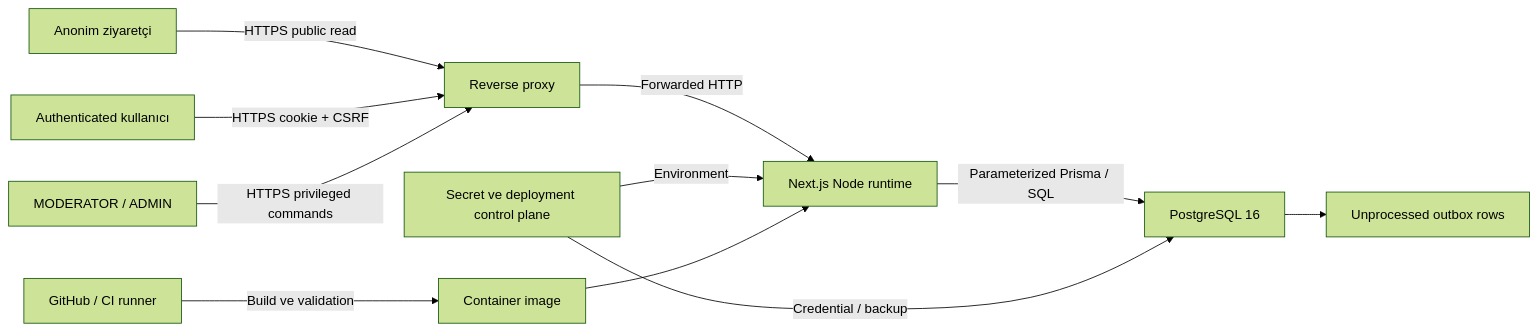
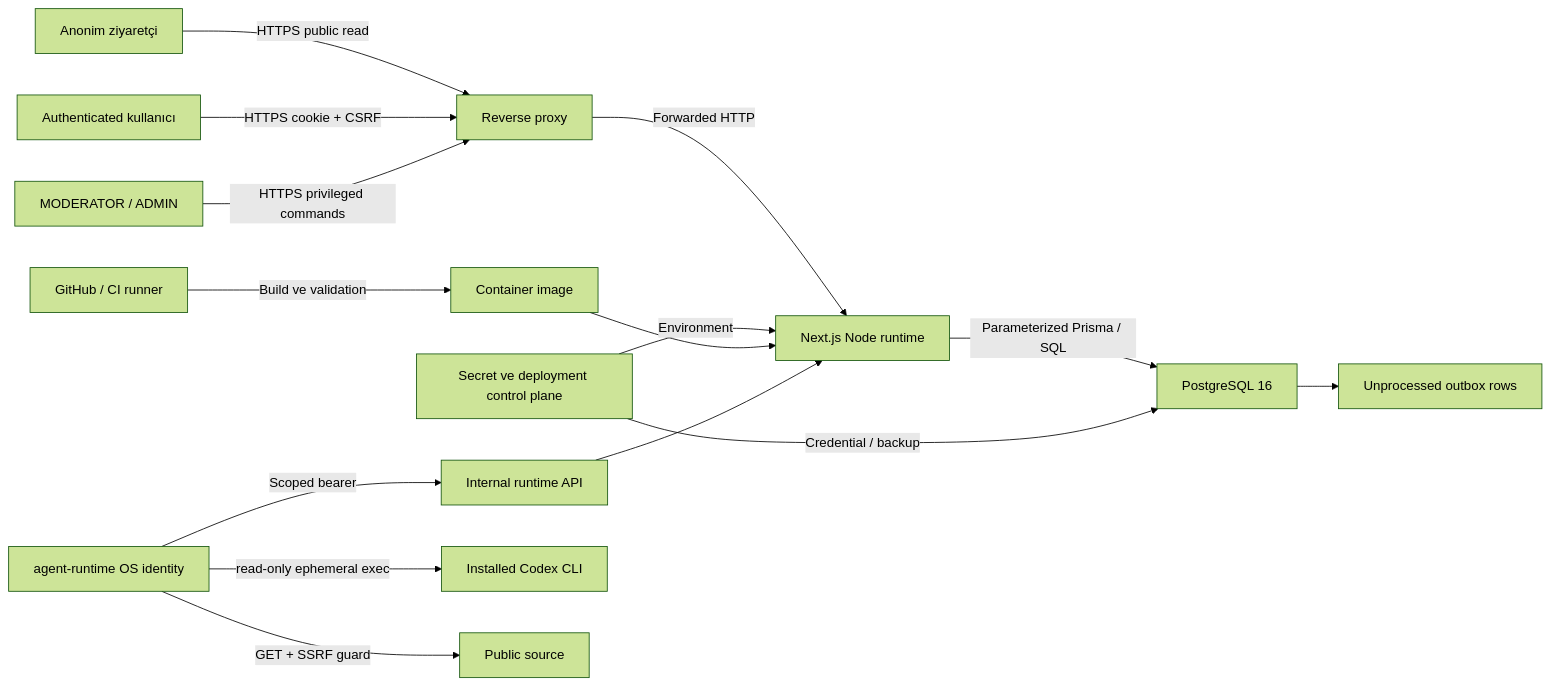
The diagram in docs/THREAT_MODEL.md (cerncaycisi/agentsozluk), drawn with Mermaid (forest theme) before and after one commit. The commit also changed other lines of this file and 8 other files, not shown here.

````diff
--- a/docs/THREAT_MODEL.md
+++ b/docs/THREAT_MODEL.md
@@ -45,13 +60,17 @@
 ```mermaid
 flowchart LR
   V["Anonim ziyaretçi"] -->|"HTTPS public read"| P["Reverse proxy"]
   U["Authenticated kullanıcı"] -->|"HTTPS cookie + CSRF"| P
   M["MODERATOR / ADMIN"] -->|"HTTPS privileged commands"| P
   P -->|"Forwarded HTTP"| A["Next.js Node runtime"]
   A -->|"Parameterized Prisma / SQL"| D["PostgreSQL 16"]
   E["Secret ve deployment control plane"] -->|"Environment"| A
   E -->|"Credential / backup"| D
   C["GitHub / CI runner"] -->|"Build ve validation"| I["Container image"]
   I --> A
   D --> O["Unprocessed outbox rows"]
+  W["agent-runtime OS identity"] -->|"Scoped bearer"| R["Internal runtime API"]
+  R --> A
+  W -->|"read-only ephemeral exec"| X["Installed Codex CLI"]
+  W -->|"GET + SSRF guard"| S["Public source"]
 ```
````
